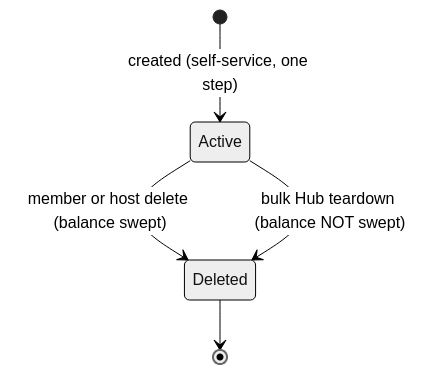
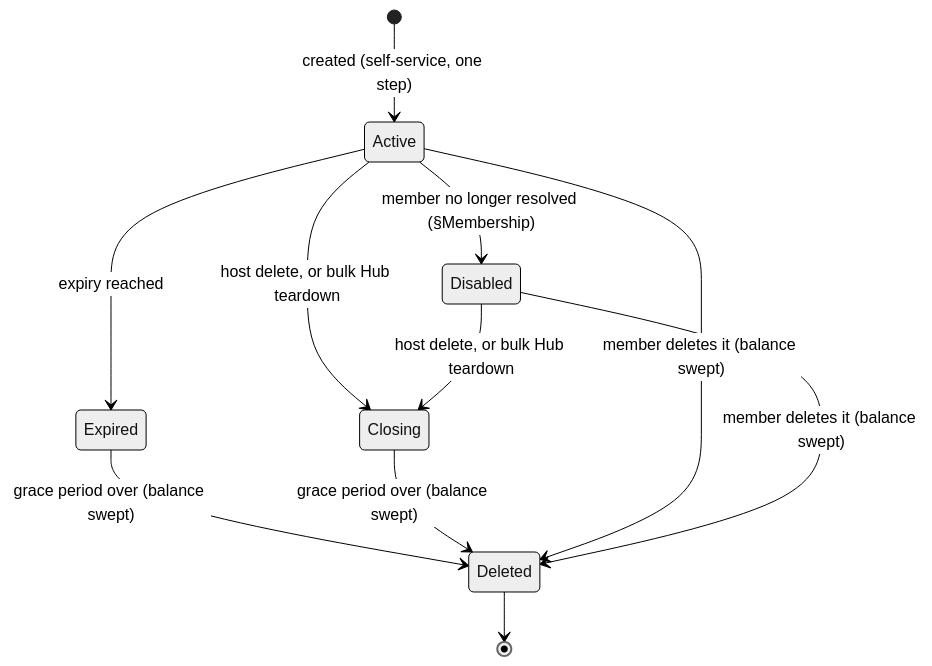
Before and after one commit to ohstr/nips: the second of 2 diagrams in NIP-CW.md, drawn with Mermaid (neutral theme). The commit also changed other lines of this file, not shown here.

Commit message:
docs(nip-cw): add an Expired state and a grace period for member balances

````diff
--- a/NIP-CW.md
+++ b/NIP-CW.md
@@ -777,7 +779,13 @@
 ```mermaid
 stateDiagram-v2
     [*] --> Active: created (self-service, one step)
-    Active --> Deleted: member or host delete (balance swept)
-    Active --> Deleted: bulk Hub teardown (balance NOT swept)
+    Active --> Disabled: member no longer resolved (§Membership)
+    Active --> Expired: expiry reached
+    Active --> Closing: host delete, or bulk Hub teardown
+    Disabled --> Closing: host delete, or bulk Hub teardown
+    Expired --> Deleted: grace period over (balance swept)
+    Closing --> Deleted: grace period over (balance swept)
+    Active --> Deleted: member deletes it (balance swept)
+    Disabled --> Deleted: member deletes it (balance swept)
     Deleted --> [*]
 ```
````
